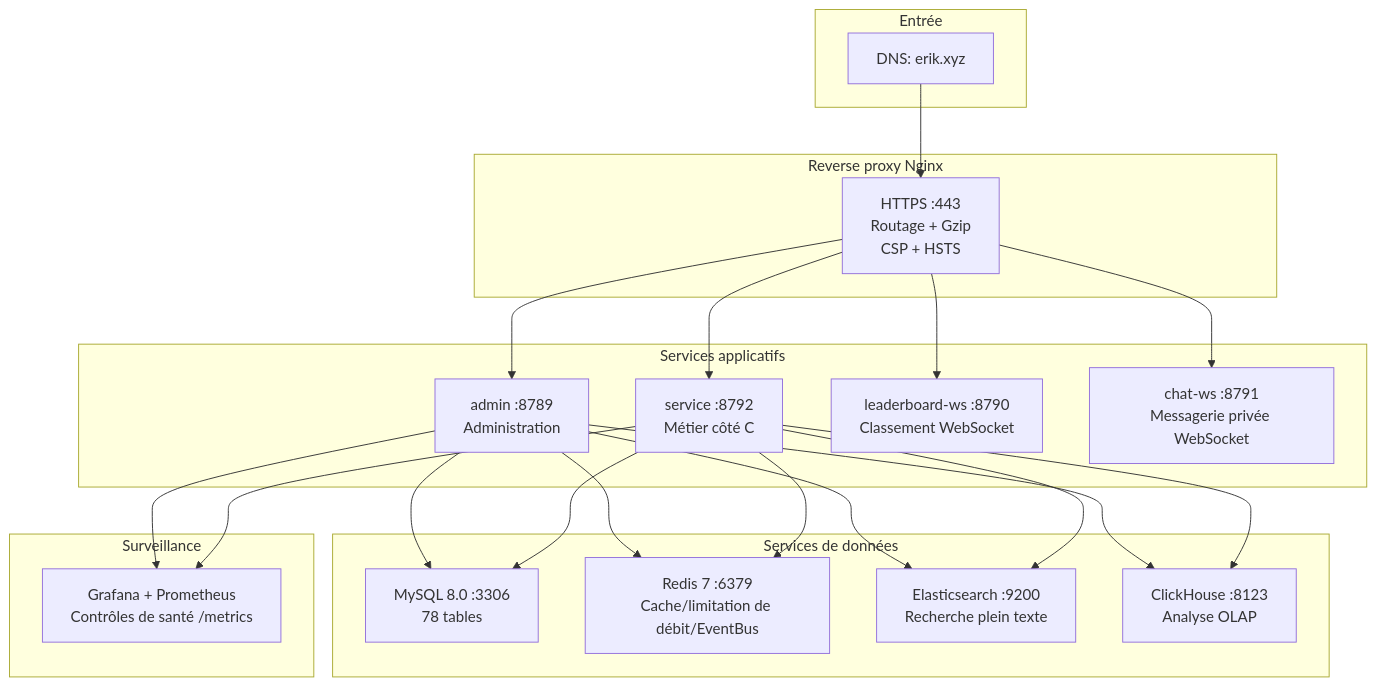
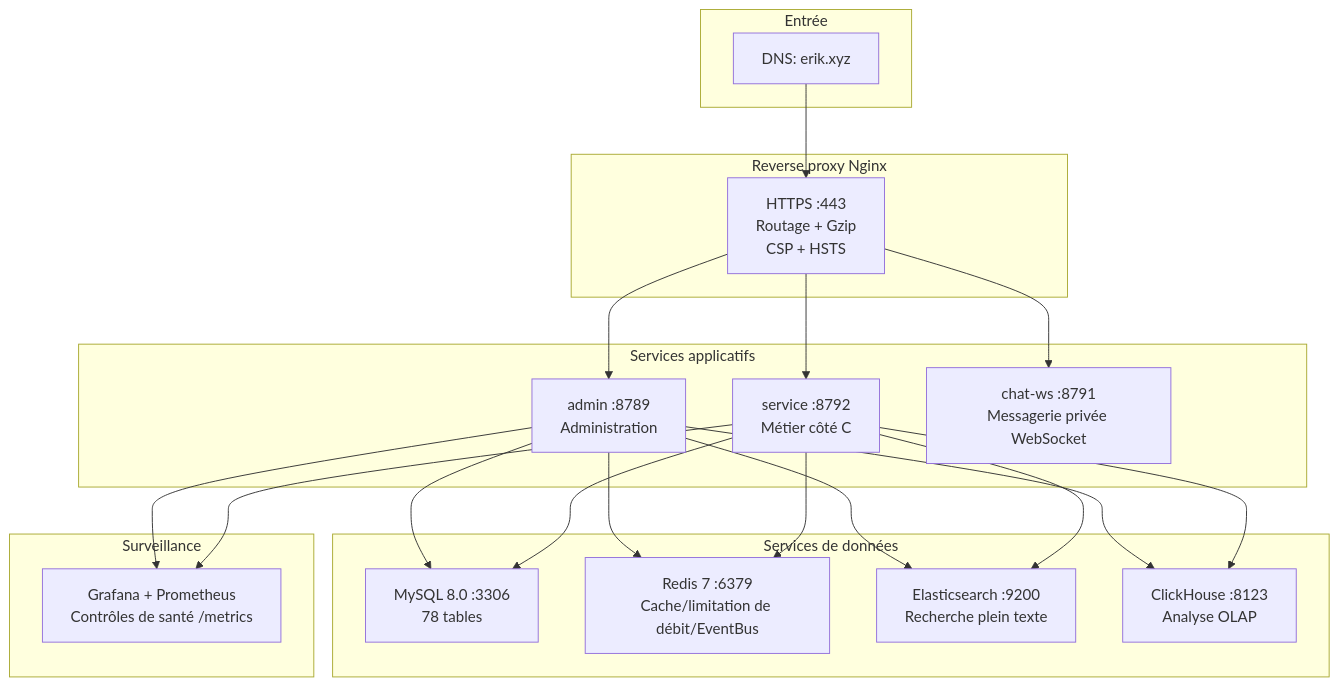
The diagram in admin/docs/diagrams/12-deployment.fr.md (erikwang2013/game-platform-php), drawn with Mermaid before and after one commit. The commit also changed 710 other files, not shown here.

````diff
--- a/admin/docs/diagrams/12-deployment.fr.md
+++ b/admin/docs/diagrams/12-deployment.fr.md
@@ -7,33 +7,32 @@
 ```mermaid
 flowchart TB
     subgraph "Entrée"
         DNS["DNS: erik.xyz"]
     end
 
     subgraph "Reverse proxy Nginx"
         NGX["HTTPS :443<br/>Routage + Gzip<br/>CSP + HSTS"]
     end
 
     subgraph "Services applicatifs"
         ADM["admin :8789<br/>Administration"]
         SVC["service :8792<br/>Métier côté C"]
-        LB["leaderboard-ws :8790<br/>Classement WebSocket"]
         CHAT["chat-ws :8791<br/>Messagerie privée WebSocket"]
     end
 
     subgraph "Services de données"
         MYSQL["MySQL 8.0 :3306<br/>78 tables"]
         REDIS["Redis 7 :6379<br/>Cache/limitation de débit/EventBus"]
         ES["Elasticsearch :9200<br/>Recherche plein texte"]
         CH["ClickHouse :8123<br/>Analyse OLAP"]
     end
 
     subgraph "Surveillance"
         MON["Grafana + Prometheus<br/>Contrôles de santé /metrics"]
     end
 
     DNS --> NGX
-    NGX --> ADM & SVC & LB & CHAT
+    NGX --> ADM & SVC & CHAT
     ADM & SVC --> MYSQL & REDIS & ES & CH
     ADM & SVC --> MON
 ```
````
